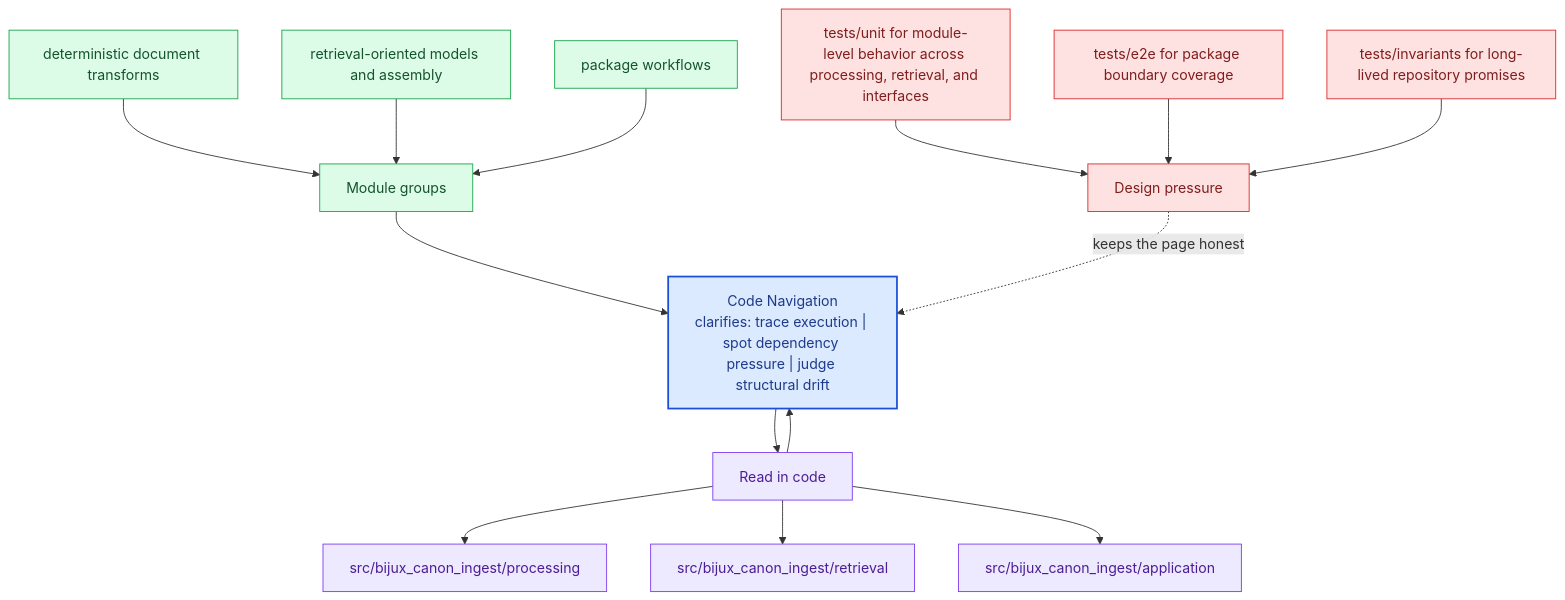
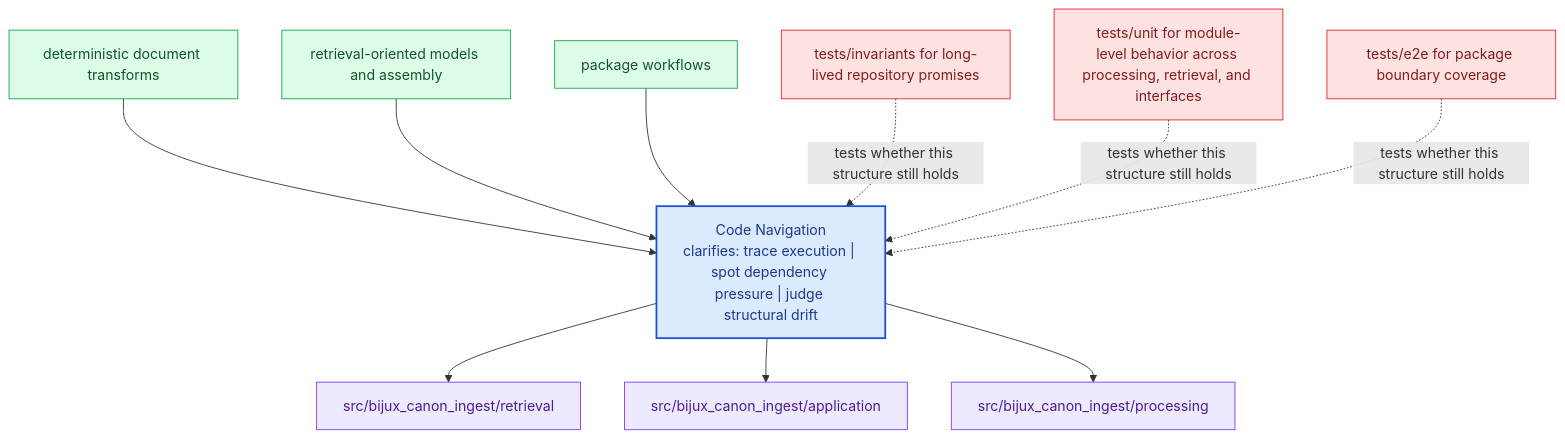
The diagram in docs/bijux-canon-ingest/architecture/code-navigation.md (bijux/bijux-canon), drawn with Mermaid before and after one commit. The commit also changed other lines of this file and 281 other files, not shown here.

Commit message:
docs(diagrams): replace repeated mermaid scaffolds with page-specific summaries

````diff
--- a/docs/bijux-canon-ingest/architecture/code-navigation.md
+++ b/docs/bijux-canon-ingest/architecture/code-navigation.md
@@ -66,40 +21,31 @@
 ```mermaid
 flowchart TB
-    promise["Code Navigation<br/>clarifies: trace execution | spot dependency pressure | judge structural drift"]
-    classDef promise fill:#dbeafe,stroke:#1d4ed8,color:#1e3a8a,stroke-width:2px;
-    classDef driver fill:#dcfce7,stroke:#16a34a,color:#14532d;
-    classDef constraint fill:#fee2e2,stroke:#dc2626,color:#7f1d1d;
-    classDef ground fill:#ede9fe,stroke:#7c3aed,color:#4c1d95;
-    focus1["Module groups"]
-    focus1 --> promise
-    focus1_1["deterministic document transforms"]
-    focus1_1 --> focus1
-    focus1_2["retrieval-oriented models and assembly"]
-    focus1_2 --> focus1
-    focus1_3["package workflows"]
-    focus1_3 --> focus1
-    class focus1 driver;
-    class focus1_1,focus1_2,focus1_3 driver;
-    focus2["Read in code"]
-    focus2 --> promise
-    promise --> focus2
-    focus2_1["src/bijux_canon_ingest/processing"]
-    focus2 --> focus2_1
-    focus2_2["src/bijux_canon_ingest/retrieval"]
-    focus2 --> focus2_2
-    focus2_3["src/bijux_canon_ingest/application"]
-    focus2 --> focus2_3
-    class focus2 ground;
-    class focus2_1,focus2_2,focus2_3 ground;
-    focus3["Design pressure"]
-    focus3 -.keeps the page honest.-> promise
-    focus3_1["tests/unit for module-level behavior across processing, retrieval, and interfaces"]
-    focus3_1 --> focus3
-    focus3_2["tests/e2e for package boundary coverage"]
-    focus3_2 --> focus3
-    focus3_3["tests/invariants for long-lived repository promises"]
-    focus3_3 --> focus3
-    class focus3 constraint;
-    class focus3_1,focus3_2,focus3_3 constraint;
-    class promise promise;
+    page["Code Navigation<br/>clarifies: trace execution | spot dependency pressure | judge structural drift"]
+    classDef page fill:#dbeafe,stroke:#1d4ed8,color:#1e3a8a,stroke-width:2px;
+    classDef positive fill:#dcfce7,stroke:#16a34a,color:#14532d;
+    classDef caution fill:#fee2e2,stroke:#dc2626,color:#7f1d1d;
+    classDef anchor fill:#ede9fe,stroke:#7c3aed,color:#4c1d95;
+    classDef action fill:#fef3c7,stroke:#d97706,color:#7c2d12;
+    module1["deterministic document transforms"]
+    module1 --> page
+    module2["retrieval-oriented models and assembly"]
+    module2 --> page
+    module3["package workflows"]
+    module3 --> page
+    code1["src/bijux_canon_ingest/retrieval"]
+    page --> code1
+    code2["src/bijux_canon_ingest/application"]
+    page --> code2
+    code3["src/bijux_canon_ingest/processing"]
+    page --> code3
+    pressure1["tests/invariants for long-lived repository promises"]
+    pressure1 -.tests whether this structure still holds.-> page
+    pressure2["tests/unit for module-level behavior across processing, retrieval, and interfaces"]
+    pressure2 -.tests whether this structure still holds.-> page
+    pressure3["tests/e2e for package boundary coverage"]
+    pressure3 -.tests whether this structure still holds.-> page
+    class page page;
+    class module1,module2,module3 positive;
+    class code1,code2,code3 anchor;
+    class pressure1,pressure2,pressure3 caution;
 ```
````
